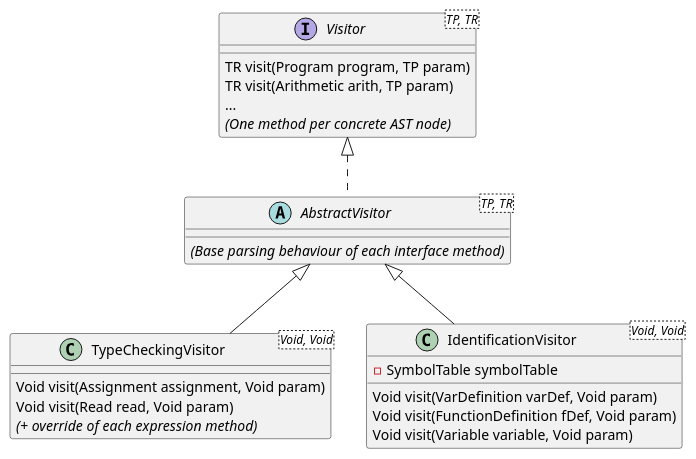
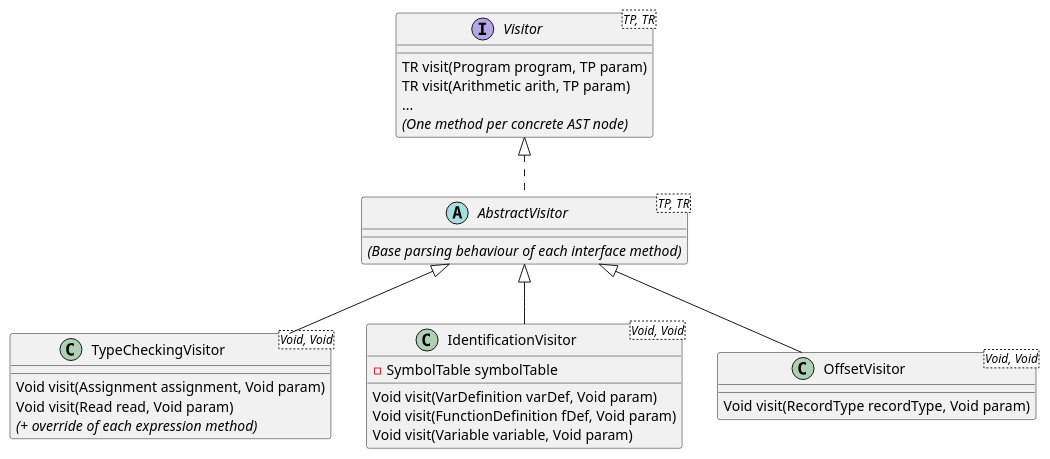
The diagram in diagrams/visitors.pu (InigoGutierrez/CmmCompiler), drawn with PlantUML before and after one commit.

Commit message:
Added OffsetVisitor to visitors diagram.

```diff
--- a/diagrams/visitors.pu
+++ b/diagrams/visitors.pu
@@ -1,37 +1,43 @@
 @startuml
 
 interface Visitor<TP, TR>
 abstract AbstractVisitor<TP, TR>
 class TypeCheckingVisitor<Void, Void>
 class IdentificationVisitor<Void, Void>
+class OffsetVisitor<Void, Void>
 
 interface Visitor {
     TR visit(Program program, TP param)
     TR visit(Arithmetic arith, TP param)
     {method} ...
     {abstract} (One method per concrete AST node)
 }
 
 abstract AbstractVisitor {
     {abstract} (Base parsing behaviour of each interface method)
 }
 
 class TypeCheckingVisitor {
     Void visit(Assignment assignment, Void param)
     Void visit(Read read, Void param)
     {abstract} (+ override of each expression method)
 }
 
 class IdentificationVisitor {
     - SymbolTable symbolTable
     Void visit(VarDefinition varDef, Void param)
     Void visit(FunctionDefinition fDef, Void param)
     Void visit(Variable variable, Void param)
 }
 
+class OffsetVisitor {
+    Void visit(RecordType recordType, Void param)
+}
+
 Visitor <|.. AbstractVisitor
 
 AbstractVisitor <|-- TypeCheckingVisitor
 AbstractVisitor <|-- IdentificationVisitor
+AbstractVisitor <|-- OffsetVisitor
 
 @enduml
```
